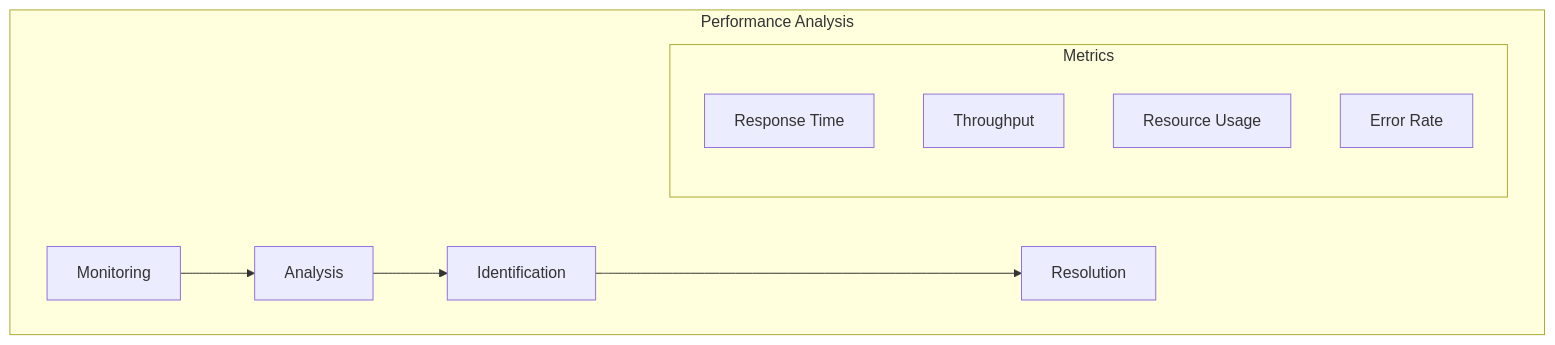
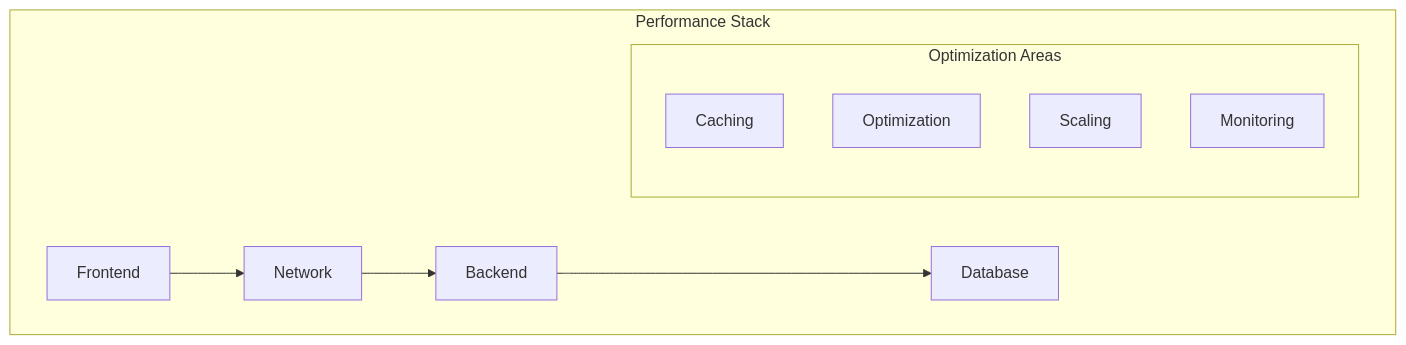
One commit to saravanakumarrc/Architecture_Journey changed the second of 3 diagrams in src/Performance_Optimization_Techniques.md. Above: the diagram before and after it, drawn with Mermaid. The commit also changed other lines of this file and 6 other files, not shown here.

First line of the commit message:
Refactor observability documentation: streamline sections, enhance clarity, and update diagrams for better understanding of monitoring components and patterns.

````diff
--- a/src/Performance_Optimization_Techniques.md
+++ b/src/Performance_Optimization_Techniques.md
@@ -28,15 +33,15 @@
 ```mermaid
 graph TB
-    subgraph "Performance Analysis"
-        M[Monitoring] --> A[Analysis]
-        A --> I[Identification]
-        I --> R[Resolution]
+    subgraph "Performance Stack"
+        F[Frontend] --> N[Network]
+        N --> B[Backend]
+        B --> D[Database]
         
-        subgraph "Metrics"
-            RT[Response Time]
-            TH[Throughput]
-            RU[Resource Usage]
-            ER[Error Rate]
+        subgraph "Optimization Areas"
+            C[Caching]
+            O[Optimization]
+            S[Scaling]
+            M[Monitoring]
         end
     end
 ```
````
